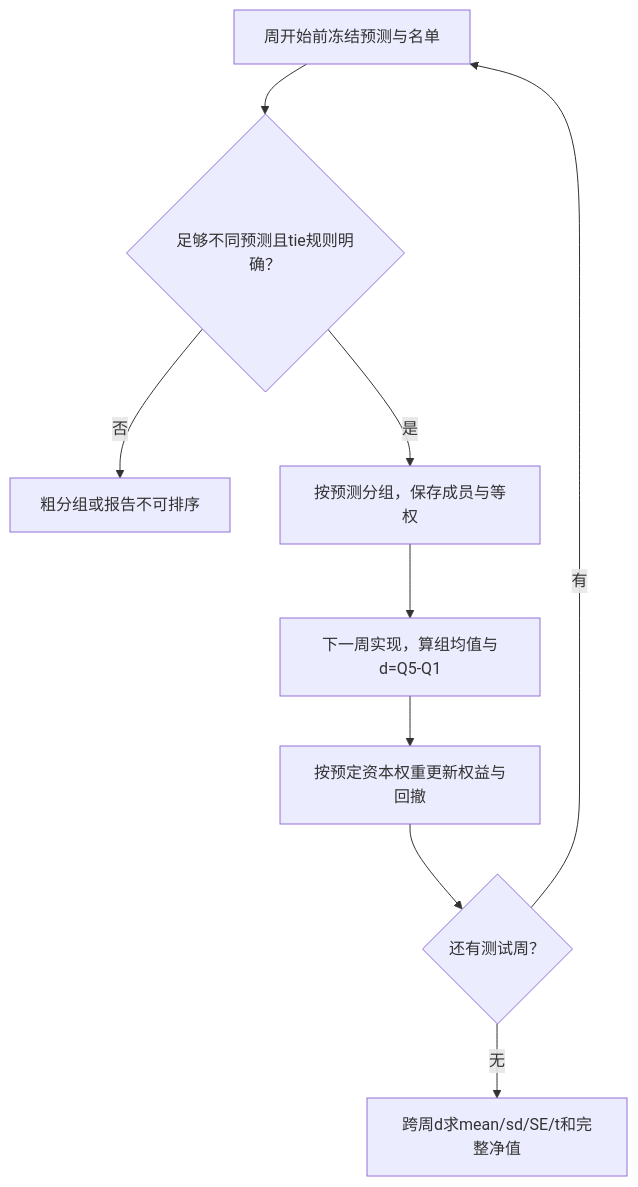
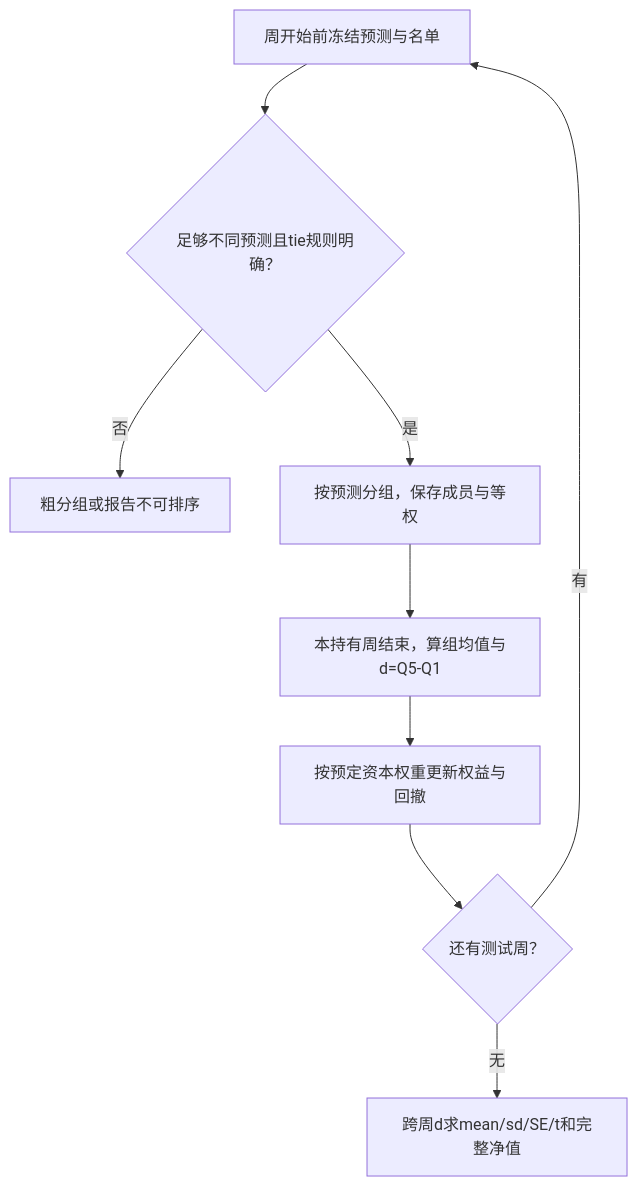
Before and after one commit to CercaTrovato/cityu-ai-course-notes: the fourth of 7 diagrams in EF5560_Fintech_and_AI_in_Finance/notes/M03-线性机器学习与收益预测.md, drawn with Mermaid. The commit also changed other lines of this file and 450 other files, not shown here.

````diff
--- a/EF5560_Fintech_and_AI_in_Finance/notes/M03-线性机器学习与收益预测.md
+++ b/EF5560_Fintech_and_AI_in_Finance/notes/M03-线性机器学习与收益预测.md
@@ -3318,11 +3499,11 @@
 ```mermaid
 flowchart TD
  A["周开始前冻结预测与名单"] --> B{"足够不同预测且tie规则明确？"}
  B -->|否| C["粗分组或报告不可排序"]
  B -->|是| D["按预测分组，保存成员与等权"]
- D --> E["下一周实现，算组均值与d=Q5-Q1"]
+ D --> E["本持有周结束，算组均值与d=Q5-Q1"]
  E --> F["按预定资本权重更新权益与回撤"]
  F --> G{"还有测试周？"}
  G -->|有| A
  G -->|无| H["跨周d求mean/sd/SE/t和完整净值"]
 ```
````
